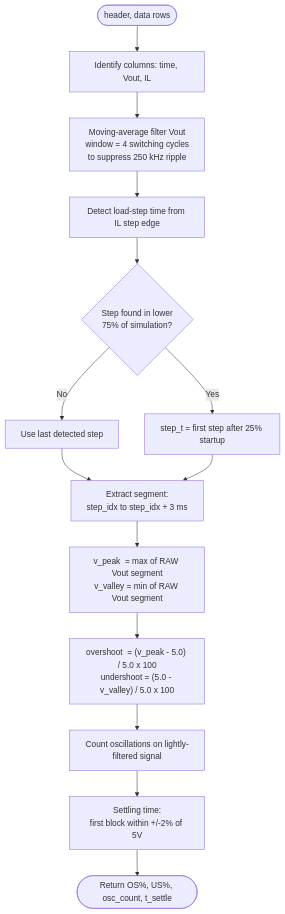
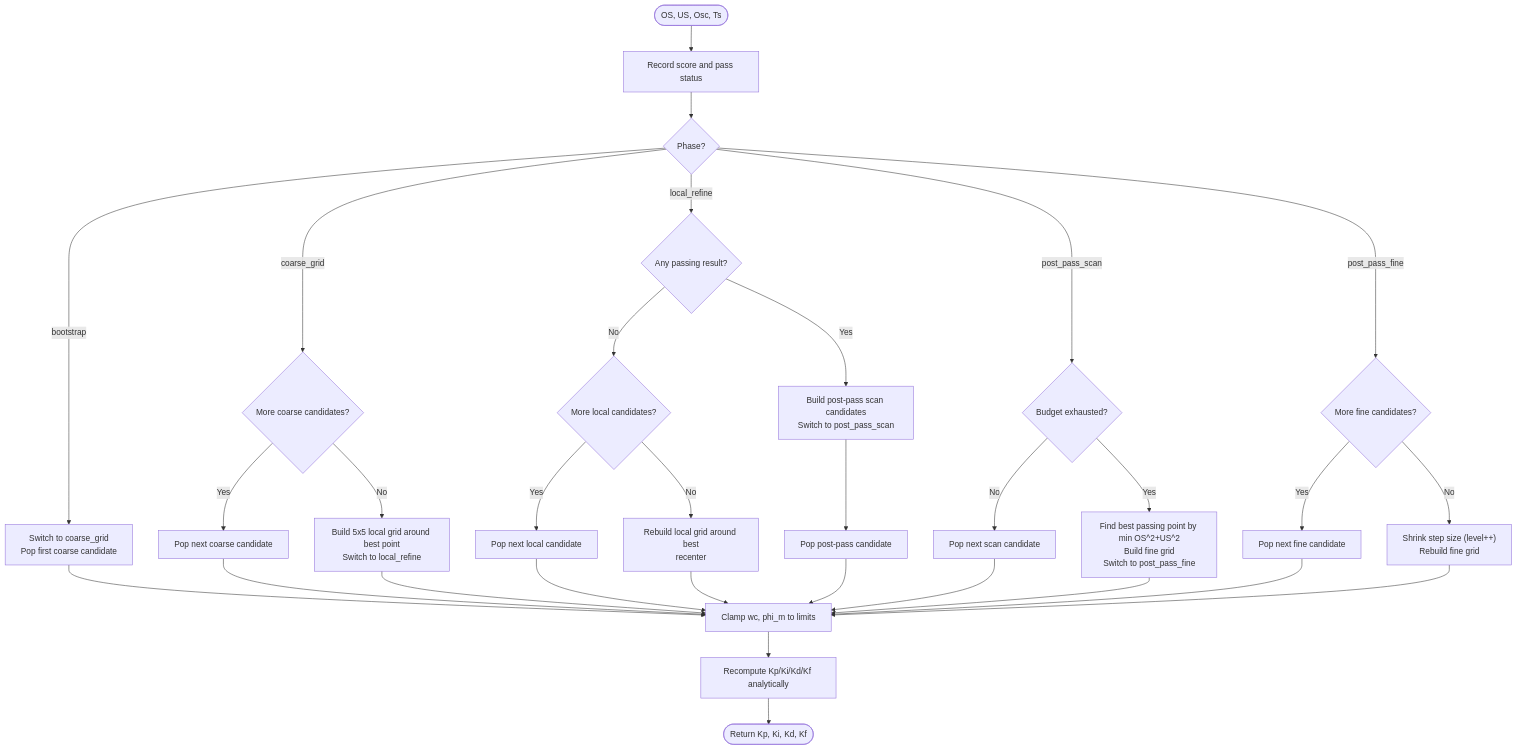
The third of 4 diagrams in README.md (mianliao2000/plecs-pid-autotuner), drawn with Mermaid before and after one commit. The commit also changed other lines of this file and 4 other files, not shown here.

First line of the commit message:
Switch coarse wc grid to log spacing; fix Run Single Iteration bugs

````diff
--- a/README.md
+++ b/README.md
@@ -223,16 +245,24 @@
 ```mermaid
 flowchart TD
-    A([header, data rows]) --> B["Identify columns: time, Vout, IL"]
-    B --> C["Moving-average filter Vout\nwindow = 4 switching cycles\nto suppress 250 kHz ripple"]
-    C --> D["Detect load-step time from IL step edge"]
-    D --> E{"Step found in lower\n75% of simulation?"}
-    E -- No --> F[Use last detected step]
-    E -- Yes --> G["step_t = first step after 25% startup"]
-    F --> H
-    G --> H["Extract segment:\nstep_idx to step_idx + 3 ms"]
-    H --> I["v_peak  = max of RAW Vout segment\nv_valley = min of RAW Vout segment"]
-    I --> J["overshoot  = (v_peak - 5.0) / 5.0 x 100\nundershoot = (5.0 - v_valley) / 5.0 x 100"]
-    J --> K["Count oscillations on lightly-filtered signal"]
-    K --> L["Settling time:\nfirst block within +/-2% of 5V"]
-    L --> M([Return OS%, US%, osc_count, t_settle])
+    A([OS, US, Osc, Ts]) --> B["Record score and pass status"]
+    B --> C{Phase?}
+    C -- bootstrap --> D["Switch to coarse_grid\nPop first coarse candidate"]
+    C -- coarse_grid --> E{More coarse candidates?}
+    E -- Yes --> F["Pop next coarse candidate"]
+    E -- No --> G["Build 5x5 local grid around best point\nSwitch to local_refine"]
+    C -- local_refine --> H{Any passing result?}
+    H -- Yes --> I["Build post-pass scan candidates\nSwitch to post_pass_scan"]
+    H -- No --> J{More local candidates?}
+    J -- Yes --> K["Pop next local candidate"]
+    J -- No --> L["Rebuild local grid around best\nrecenter"]
+    I --> M["Pop post-pass candidate"]
+    C -- post_pass_scan --> N{Budget exhausted?}
+    N -- No --> O["Pop next scan candidate"]
+    N -- Yes --> P["Find best passing point by min OS^2+US^2\nBuild fine grid\nSwitch to post_pass_fine"]
+    C -- post_pass_fine --> Q{More fine candidates?}
+    Q -- Yes --> R["Pop next fine candidate"]
+    Q -- No --> S["Shrink step size (level++)\nRebuild fine grid"]
+    D & F & G & K & L & M & O & P & R & S --> T["Clamp wc, phi_m to limits"]
+    T --> U["Recompute Kp/Ki/Kd/Kf analytically"]
+    U --> V([Return Kp, Ki, Kd, Kf])
 ```
````
